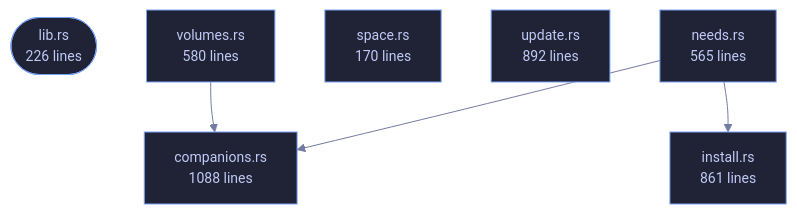
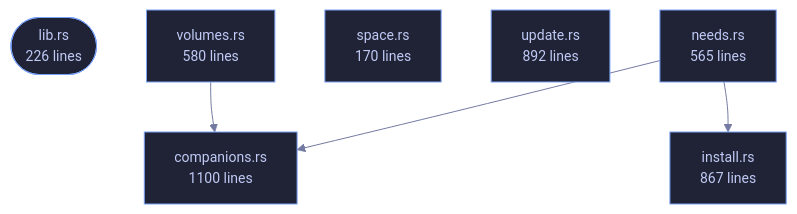
The diagram in crates/veilvoice-setup/README.md (tilas01/veilvoice), drawn with Mermaid before and after one commit. The commit also changed other lines of this file and 85 other files, not shown here.

````diff
--- a/crates/veilvoice-setup/README.md
+++ b/crates/veilvoice-setup/README.md
@@ -108,21 +108,21 @@
 ```mermaid
 %%{init: {"theme":"base","themeVariables":{"background":"#1a1b26","primaryColor":"#1f2335","primaryTextColor":"#c0caf5","primaryBorderColor":"#7aa2f7","secondaryColor":"#16161e","tertiaryColor":"#16161e","lineColor":"#737aa2","textColor":"#c0caf5","mainBkg":"#1f2335","nodeBorder":"#7aa2f7","clusterBkg":"#16161e","clusterBorder":"#2f3549","fontFamily":"ui-monospace, SFMono-Regular, Consolas, monospace","fontSize":"14px"}}}%%
 flowchart TD
     n_lib(["lib.rs<br/>226 lines"])
-    n_companions["companions.rs<br/>1088 lines"]
-    n_install["install.rs<br/>861 lines"]
+    n_companions["companions.rs<br/>1100 lines"]
+    n_install["install.rs<br/>867 lines"]
     n_needs["needs.rs<br/>565 lines"]
     n_space["space.rs<br/>170 lines"]
     n_update["update.rs<br/>892 lines"]
     n_volumes["volumes.rs<br/>580 lines"]
     n_needs --> n_companions
     n_needs --> n_install
     n_volumes --> n_companions
     click n_lib href "https://github.com/tilas01/veilvoice/blob/main/crates/veilvoice-setup/src/lib.rs" "open the source"
     click n_companions href "https://github.com/tilas01/veilvoice/blob/main/crates/veilvoice-setup/src/companions.rs" "open the source"
     click n_install href "https://github.com/tilas01/veilvoice/blob/main/crates/veilvoice-setup/src/install.rs" "open the source"
     click n_needs href "https://github.com/tilas01/veilvoice/blob/main/crates/veilvoice-setup/src/needs.rs" "open the source"
     click n_space href "https://github.com/tilas01/veilvoice/blob/main/crates/veilvoice-setup/src/space.rs" "open the source"
     click n_update href "https://github.com/tilas01/veilvoice/blob/main/crates/veilvoice-setup/src/update.rs" "open the source"
     click n_volumes href "https://github.com/tilas01/veilvoice/blob/main/crates/veilvoice-setup/src/volumes.rs" "open the source"
 ```
````
